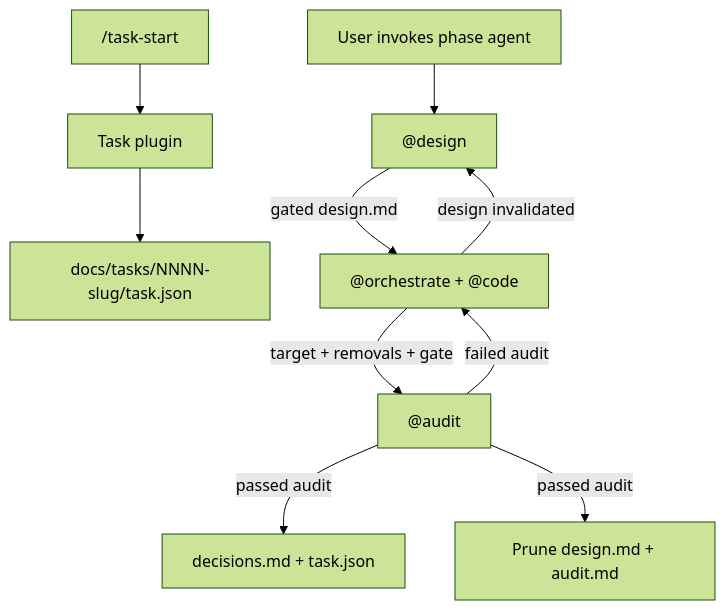
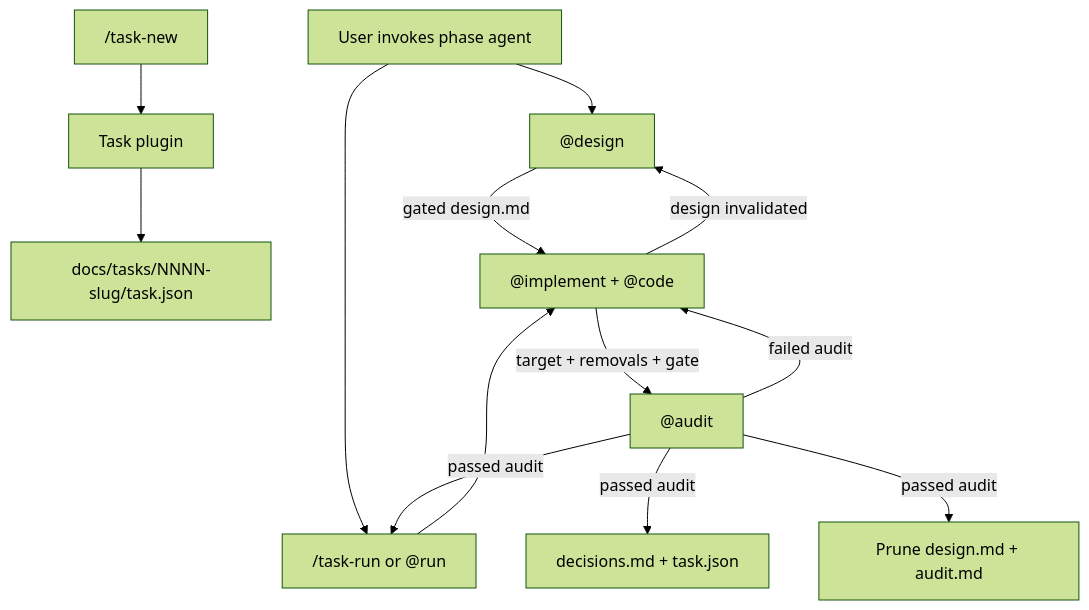
The diagram in apps/opencode/personal/README.md (gdurandvadas/dotfiles), drawn with Mermaid (forest theme) before and after one commit. The commit also changed other lines of this file and 13 other files, not shown here.

````diff
--- a/apps/opencode/personal/README.md
+++ b/apps/opencode/personal/README.md
@@ -26,12 +26,15 @@
 ```mermaid
 flowchart TD
-  start["/task-start"] --> plugin["Task plugin"]
+  start["/task-new"] --> plugin["Task plugin"]
   plugin --> folder["docs/tasks/NNNN-slug/task.json"]
   user["User invokes phase agent"] --> design["@design"]
-  design -->|"gated design.md"| implement["@orchestrate + @code"]
+  user --> run["/task-run or @run"]
+  design -->|"gated design.md"| implement["@implement + @code"]
+  run --> implement
   implement -->|"target + removals + gate"| audit["@audit"]
   audit -->|"failed audit"| implement
+  audit -->|"passed audit"| run
   implement -->|"design invalidated"| design
   audit -->|"passed audit"| decisions["decisions.md + task.json"]
   audit -->|"passed audit"| prune["Prune design.md + audit.md"]
 ```
````
